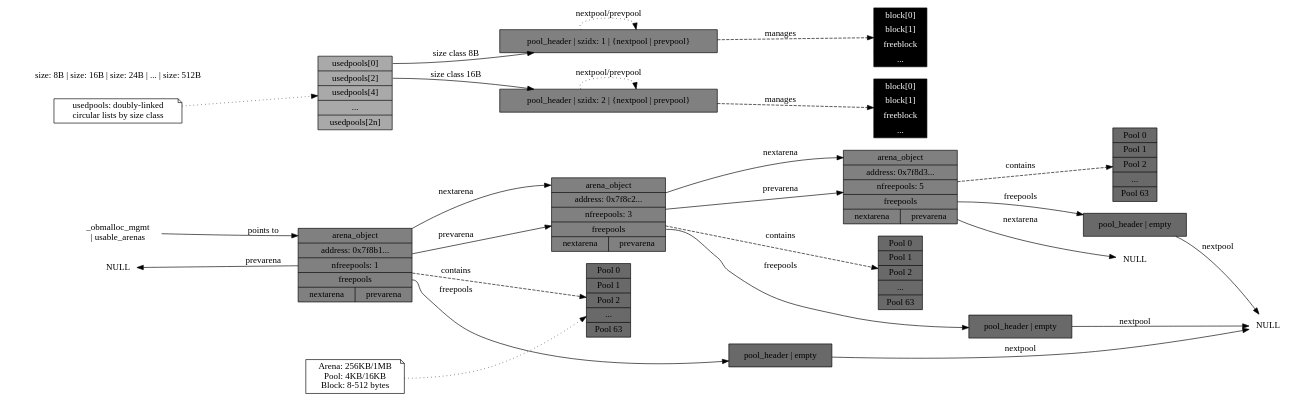
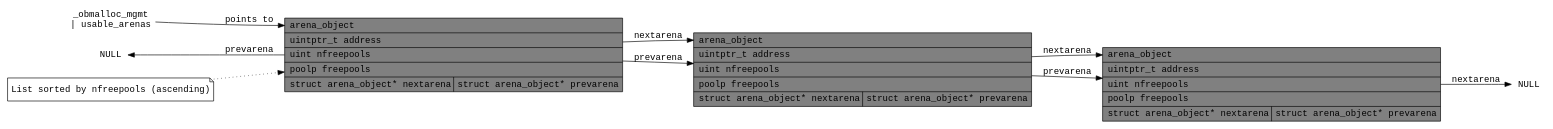
The diagram in posts/pymalloc_deep_dive/index.qmd (quasar-chunawala/quantdev), drawn with Graphviz before and after one commit. The commit also changed 6 other files, not shown here.

Commit message:
usable_arenas

````diff
--- a/posts/pymalloc_deep_dive/index.qmd
+++ b/posts/pymalloc_deep_dive/index.qmd
@@ -229,92 +229,34 @@
 ```{dot}
 #| fig-margin: 0px
-#| fig-width: 10
-#| fig-height: 6
-digraph usable_arenas_with_usedpools {  
+digraph usable_arenas_simple {  
     rankdir=LR;  
-    node [shape=record, style=filled, fillcolor=lightgray];  
-    edge [color=black];  
+    node [shape=record, style=filled, fillcolor=lightgray, fontname="Courier New"];  
+    edge [color=black, fontname="Courier New"];  
       
-    // Head pointer  
-    head [label="_obmalloc_mgmt\n| usable_arenas", shape=plaintext, fillcolor=white];  
+    // Head pointer from management structure  
+    head [label="_obmalloc_mgmt\n| usable_arenas", shape=plaintext, fillcolor=white, fontname="Courier New"];  
       
-    // Arena objects with address fields  
-    arena1 [label="<f0> arena_object | <f1> address: 0x7f8b1... | <f2> nfreepools: 1 | <f3> freepools | {nextarena | prevarena}", fillcolor=gray];  
-    arena2 [label="<f0> arena_object | <f1> address: 0x7f8c2... | <f2> nfreepools: 3 | <f3> freepools | {nextarena | prevarena}", fillcolor=gray];  
-    arena3 [label="<f0> arena_object | <f1> address: 0x7f8d3... | <f2> nfreepools: 5 | <f3> freepools | {nextarena | prevarena}", fillcolor=gray];  
-      
-    // usedpools array (size classes)  
-    usedpools [label="<h0> usedpools[0] | <h1> usedpools[2] | <h2> usedpools[4] | ... | <hn> usedpools[2n]", shape=record, fillcolor=darkgray];  
-      
-    // Size class labels  
-    size_labels [label="size: 8B | size: 16B | size: 24B | ... | size: 512B", shape=plaintext, fillcolor=white];  
-      
-    // Pool containers within arenas  
-    pool_container1 [label="<p0> Pool 0 | <p1> Pool 1 | <p2> Pool 2 | ... | <p63> Pool 63", shape=record, fillcolor=dimgray];  
-    pool_container2 [label="<p0> Pool 0 | <p1> Pool 1 | <p2> Pool 2 | ... | <p63> Pool 63", shape=record, fillcolor=dimgray];  
-    pool_container3 [label="<p0> Pool 0 | <p1> Pool 1 | <p2> Pool 2 | ... | <p63> Pool 63", shape=record, fillcolor=dimgray];  
-      
-    // Individual pools  
-    pool_used1 [label="pool_header | szidx: 1 | {nextpool | prevpool}", shape=box, fillcolor=gray];  
-    pool_used2 [label="pool_header | szidx: 2 | {nextpool | prevpool}", shape=box, fillcolor=gray];  
-    pool_free1 [label="pool_header | empty", shape=box, fillcolor=dimgray];  
-    pool_free2 [label="pool_header | empty", shape=box, fillcolor=dimgray];  
-    pool_free3 [label="pool_header | empty", shape=box, fillcolor=dimgray];  
-      
-    // Block details  
-    blocks_used1 [label="block[0] | block[1] | freeblock | ...", shape=record, fillcolor=black, fontcolor=white];  
-    blocks_used2 [label="block[0] | block[1] | freeblock | ...", shape=record, fillcolor=black, fontcolor=white];  
+    // Arena objects in doubly-linked list  
+    arena1 [label="<f0> arena_object\l| <f1> uintptr_t address\l| <f2> uint nfreepools\l| <f3> poolp freepools\l| {struct arena_object* nextarena\l| struct arena_object* prevarena}", fillcolor=gray, fontname="Courier New"];  
+    arena2 [label="<f0> arena_object\l| <f1> uintptr_t address\l| <f2> uint nfreepools\l| <f3> poolp freepools\l| {struct arena_object* nextarena\l| struct arena_object* prevarena}", fillcolor=gray, fontname="Courier New"];  
+    arena3 [label="<f0> arena_object\l| <f1> uintptr_t address\l| <f2> uint nfreepools\l| <f3> poolp freepools\l| {struct arena_object* nextarena\l| struct arena_object* prevarena}", fillcolor=gray, fontname="Courier New"];  
       
     // NULL terminators  
-    null1 [label="NULL", shape=plaintext, fillcolor=white];  
-    null2 [label="NULL", shape=plaintext, fillcolor=white];  
-    null3 [label="NULL", shape=plaintext, fillcolor=white];  
+    null_head [label="NULL", shape=plaintext, fillcolor=white, fontname="Courier New"];  
+    null_tail [label="NULL", shape=plaintext, fillcolor=white, fontname="Courier New"];  
       
-    // Doubly-linked list connections (usable_arenas)  
-    head -> arena1:f0 [label="points to"];  
-    arena1 -> arena2:f0 [label="nextarena"];  
-    arena2 -> arena3:f0 [label="nextarena"];  
-    arena3 -> null1 [label="nextarena"];  
+    // Doubly-linked list connections  
+    head -> arena1:f0 [label="points to", fontname="Courier New"];  
+    arena1 -> arena2:f0 [label="nextarena", fontname="Courier New"];  
+    arena2 -> arena3:f0 [label="nextarena", fontname="Courier New"];  
+    arena3 -> null_tail [label="nextarena", fontname="Courier New"];  
       
-    arena2 -> arena1 [label="prevarena", dir=back];  
-    arena3 -> arena2 [label="prevarena", dir=back];  
-    null2 -> arena1 [label="prevarena", dir=back];  
+    arena2 -> arena1 [label="prevarena", dir=back, fontname="Courier New"];  
+    arena3 -> arena2 [label="prevarena", dir=back, fontname="Courier New"];  
+    null_head -> arena1 [label="prevarena", dir=back, fontname="Courier New"];  
       
-    // Arena to pool container relationships  
-    arena1 -> pool_container1 [label="contains", style=dashed];  
-    arena2 -> pool_container2 [label="contains", style=dashed];  
-    arena3 -> pool_container3 [label="contains", style=dashed];  
-      
-    // Singly-linked freepools within each arena  
-    arena1:f3 -> pool_free1 [label="freepools"];  
-    pool_free1 -> null3 [label="nextpool"];  
-      
-    arena2:f3 -> pool_free2 [label="freepools"];  
-    pool_free2 -> null3 [label="nextpool"];  
-      
-    arena3:f3 -> pool_free3 [label="freepools"];  
-    pool_free3 -> null3 [label="nextpool"];  
-      
-    // usedpools doubly-linked circular lists  
-    usedpools:h0 -> pool_used1 [label="size class 8B"];  
-    usedpools:h1 -> pool_used2 [label="size class 16B"];  
-      
-    // Circular doubly-linked within each size class  
-    pool_used1 -> pool_used1 [label="nextpool/prevpool", style=dotted];  
-    pool_used2 -> pool_used2 [label="nextpool/prevpool", style=dotted];  
-      
-    // Pool to block relationships  
-    pool_used1 -> blocks_used1 [label="manages", style=dashed];  
-    pool_used2 -> blocks_used2 [label="manages", style=dashed];  
-      
-    // Size class labels alignment  
-    size_labels -> usedpools [style=invis];  
-      
-    // Annotations  
-    note1 [label="Arena: 256KB/1MB\nPool: 4KB/16KB\nBlock: 8-512 bytes", shape=note, fillcolor=white];  
-    note1 -> pool_container1 [style=dotted];  
-      
-    note2 [label="usedpools: doubly-linked\ncircular lists by size class", shape=note, fillcolor=white];  
-    note2 -> usedpools [style=dotted];  
+    // Annotation  
+    note [label="List sorted by nfreepools (ascending)", shape=note, fillcolor=white, fontname="Courier New"];  
+    note -> arena1 [style=dotted];  
 }
 ```
````
